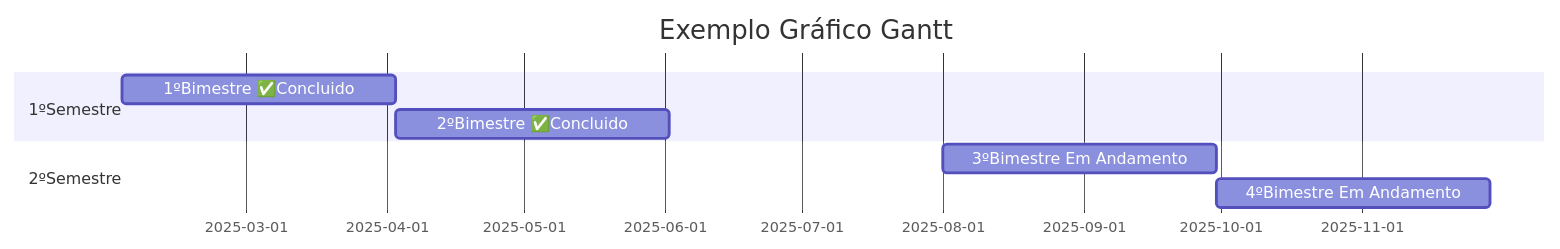
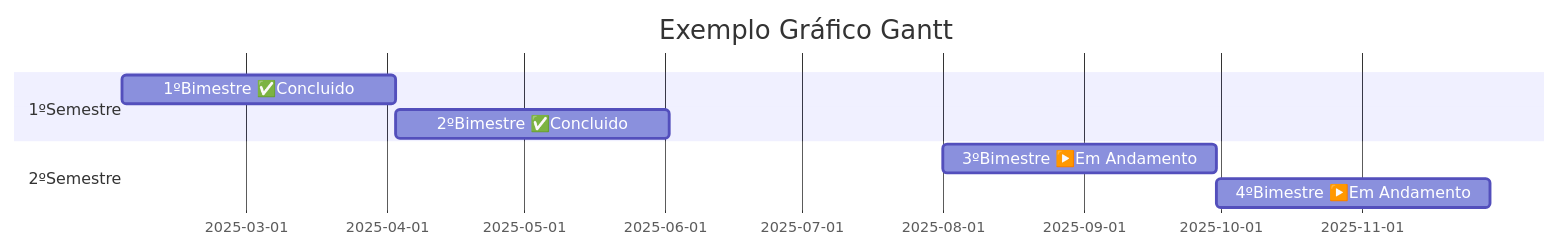
One commit to LucasBParada/dw3-grafico-g changed the third of 3 diagrams in README.md. Above: the diagram before and after it, drawn with Mermaid.

````diff
--- a/README.md
+++ b/README.md
@@ -20,11 +20,11 @@
 ```mermaid
 gantt
 title Exemplo Gráfico Gantt
 dateFormat YYYY-MM-DD
 section 1ºSemestre
 1ºBimestre ✅Concluido:a1, 2025-02-02, 60d
 2ºBimestre ✅Concluido:a2,after a1, 60d
 section 2ºSemestre
-3ºBimestre Em Andamento:a3, 2025-08-01, 60d
-4ºBimestre Em Andamento:a4, after a3, 60d 
+3ºBimestre ▶️Em Andamento:a3, 2025-08-01, 60d
+4ºBimestre ▶️Em Andamento:a4, after a3, 60d 
 ```
````
